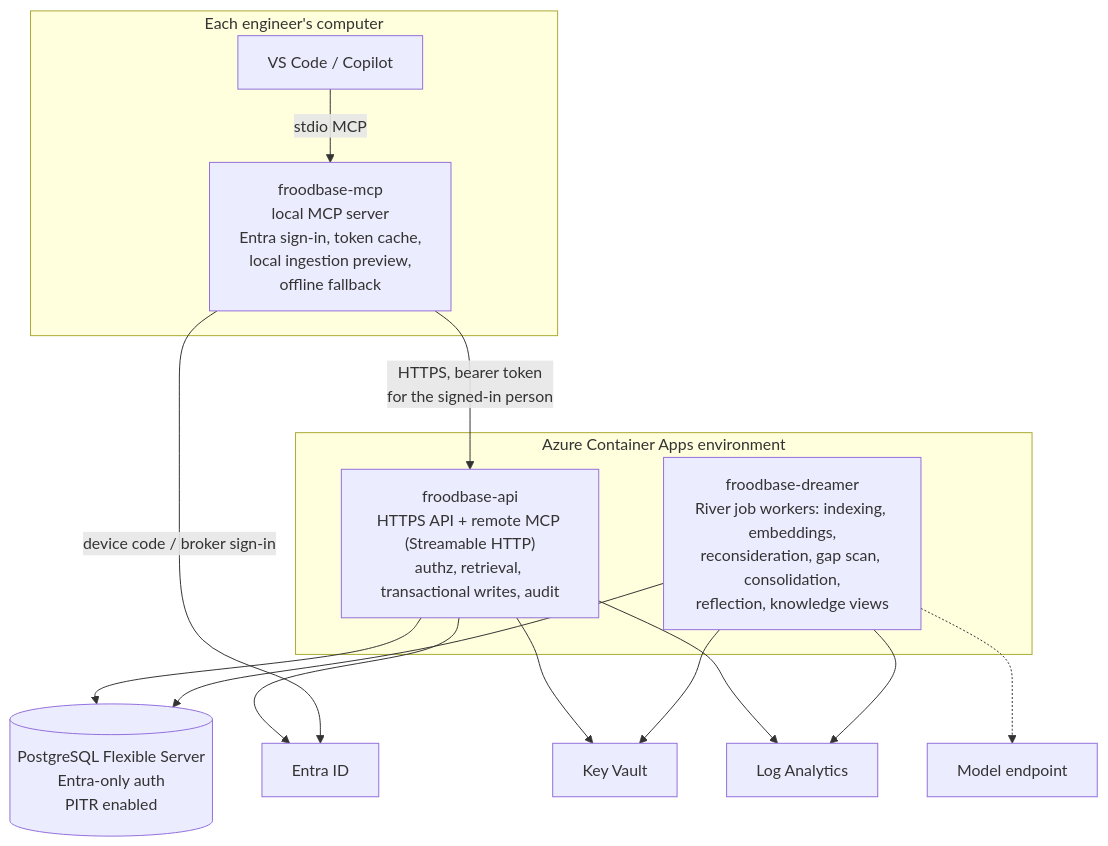
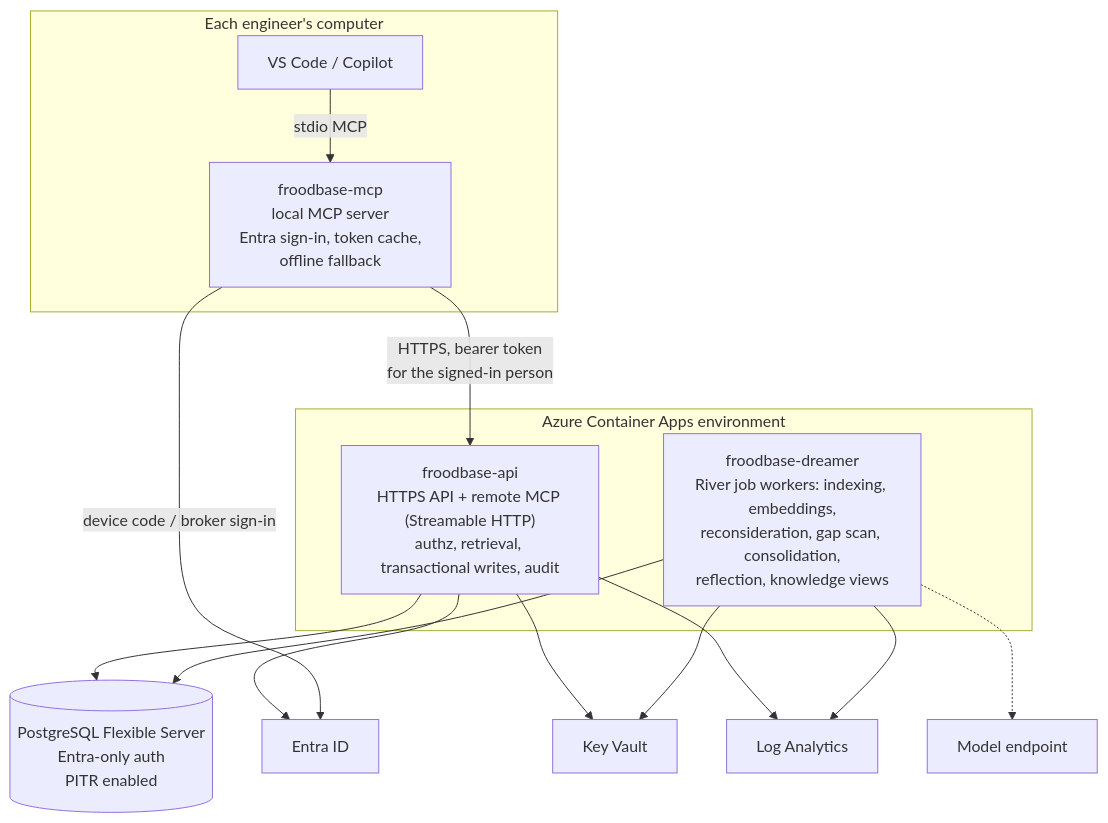
One commit to rztaylor/Froodbase changed the second of 11 diagrams in docs/planning/03-architecture-design.md. Above: the diagram before and after it, drawn with Mermaid. The commit also changed other lines of this file and 14 other files, not shown here.

````diff
--- a/docs/planning/03-architecture-design.md
+++ b/docs/planning/03-architecture-design.md
@@ -67,28 +67,28 @@
 ```mermaid
 flowchart TB
     subgraph Workstation["Each engineer's computer"]
-        IDE["VS Code / Copilot"] -- "stdio MCP" --> MCP["froodbase-mcp<br/>local MCP server<br/>Entra sign-in, token cache,<br/>local ingestion preview,<br/>offline fallback"]
+        IDE["VS Code / Copilot"] -- "stdio MCP" --> MCP["froodbase-mcp<br/>local MCP server<br/>Entra sign-in, token cache,<br/>offline fallback"]
     end
 
     subgraph CA["Azure Container Apps environment"]
         API["froodbase-api<br/>HTTPS API + remote MCP (Streamable HTTP)<br/>authz, retrieval, transactional writes, audit"]
         DRM["froodbase-dreamer<br/>River job workers: indexing, embeddings,<br/>reconsideration, gap scan, consolidation,<br/>reflection, knowledge views"]
     end
 
     DB[("PostgreSQL Flexible Server<br/>Entra-only auth<br/>PITR enabled")]
     KV["Key Vault"]
     ENTRA["Entra ID"]
     MODEL["Model endpoint"]
     LOGS["Log Analytics"]
 
     MCP -- "HTTPS, bearer token<br/>for the signed-in person" --> API
     API --> DB
     DRM --> DB
     API --> ENTRA
     MCP -- "device code / broker sign-in" --> ENTRA
     API --> KV
     DRM --> KV
     DRM -.-> MODEL
     API --> LOGS
     DRM --> LOGS
 ```
````
